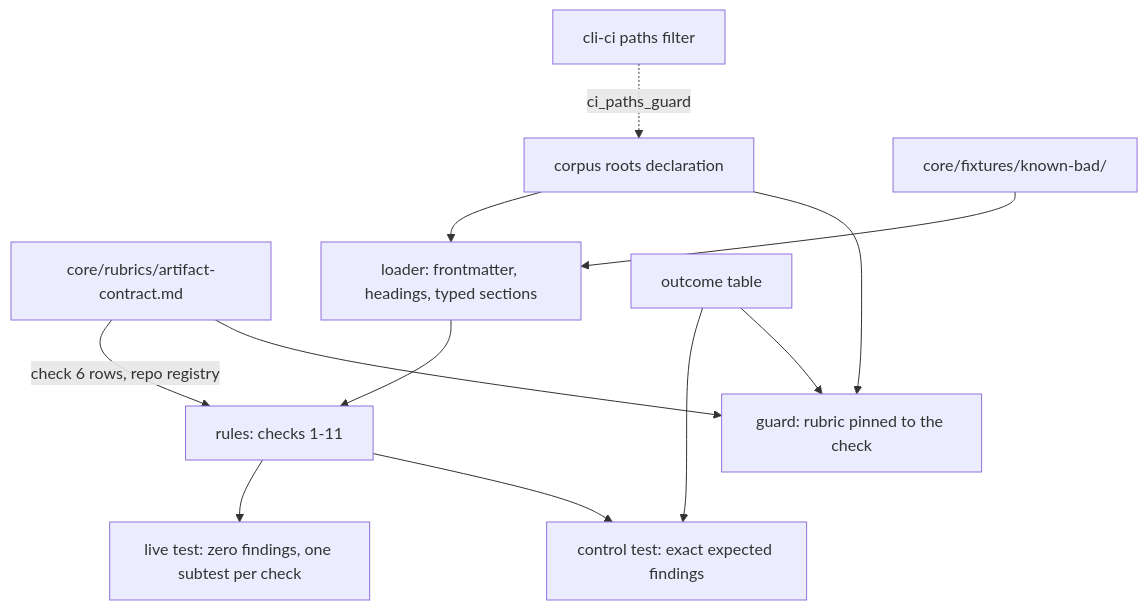
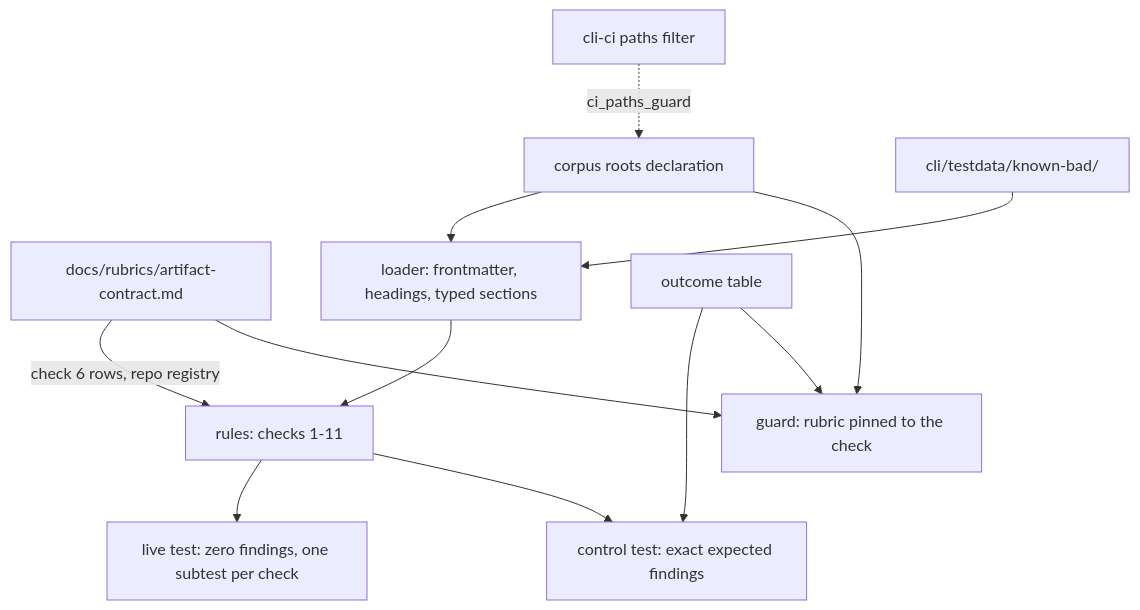
The first of 2 diagrams in docs/plans/2026-09-13-2321-feat-corpus-conformance-ci-check-plan.md (kodhama/trellis), drawn with Mermaid before and after one commit. The commit also changed other lines of this file and 14 other files, not shown here.

First line of the commit message:
TRL-95: sweep record and planning-record paths to docs/rubrics and cli/testdata

````diff
--- a/docs/plans/2026-09-13-2321-feat-corpus-conformance-ci-check-plan.md
+++ b/docs/plans/2026-09-13-2321-feat-corpus-conformance-ci-check-plan.md
@@ -157,14 +157,14 @@
 ```mermaid
 flowchart TB
-  RUB[core/rubrics/artifact-contract.md] -->|check 6 rows, repo registry| ENG
+  RUB[docs/rubrics/artifact-contract.md] -->|check 6 rows, repo registry| ENG
   ROOTS[corpus roots declaration] --> LOAD[loader: frontmatter, headings, typed sections]
-  FIX[core/fixtures/known-bad/] --> LOAD
+  FIX[cli/testdata/known-bad/] --> LOAD
   LOAD --> ENG[rules: checks 1-11]
   ENG --> LIVE[live test: zero findings, one subtest per check]
   ENG --> CTRL[control test: exact expected findings]
   TABLE[outcome table] --> CTRL
   TABLE --> GUARD[guard: rubric pinned to the check]
   RUB --> GUARD
   ROOTS --> GUARD
   FILTER[cli-ci paths filter] -.->|ci_paths_guard| ROOTS
 ```
````
